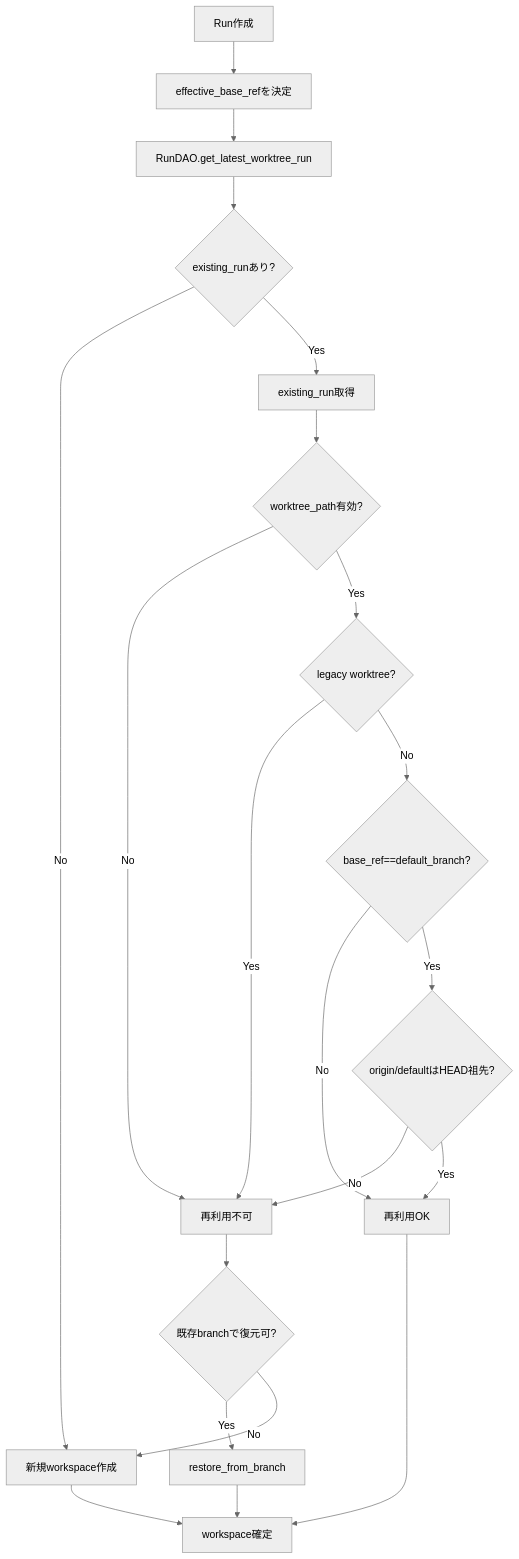
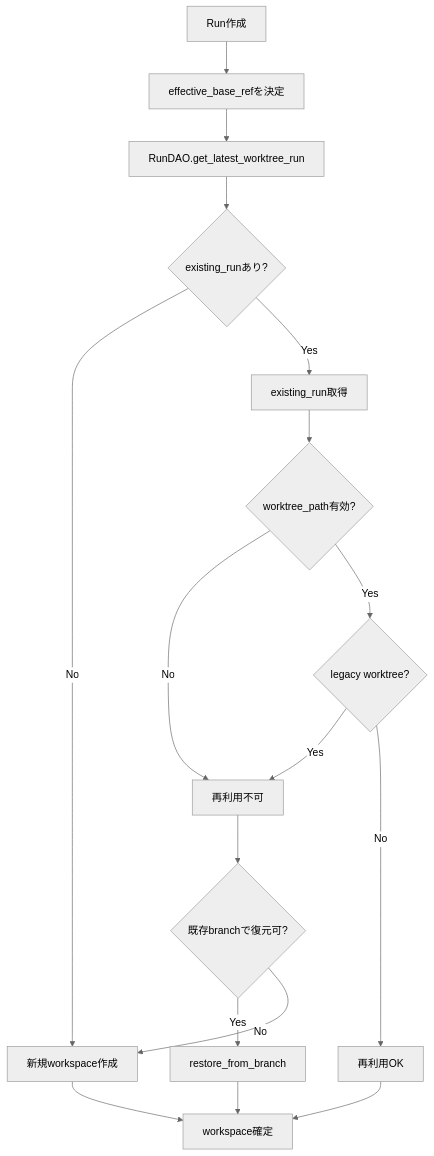
Before and after one commit to hampen2929/zloth: the first of 3 diagrams in docs/workspace_branch_v2.md, drawn with Mermaid (neutral theme). The commit also changed other lines of this file and 8 other files, not shown here.

````diff
--- a/docs/workspace_branch_v2.md
+++ b/docs/workspace_branch_v2.md
@@ -17,23 +16,19 @@
 ```mermaid
 flowchart TD
     A[Run作成] --> B[effective_base_refを決定]
     B --> C[RunDAO.get_latest_worktree_run]
     C --> D{existing_runあり?}
     D -->|No| G[新規workspace作成]
     D -->|Yes| F[existing_run取得]
     F --> H{worktree_path有効?}
     H -->|No| I[再利用不可]
     H -->|Yes| J{legacy worktree?}
     J -->|Yes| I
-    J -->|No| K{base_ref==default_branch?}
-    K -->|No| L[再利用OK]
-    K -->|Yes| M{origin/defaultはHEAD祖先?}
-    M -->|No| I
-    M -->|Yes| L
+    J -->|No| L[再利用OK]
     I --> N{既存branchで復元可?}
     N -->|Yes| O[restore_from_branch]
     N -->|No| G
     O --> P[workspace確定]
     G --> P
     L --> P
 ```
````
